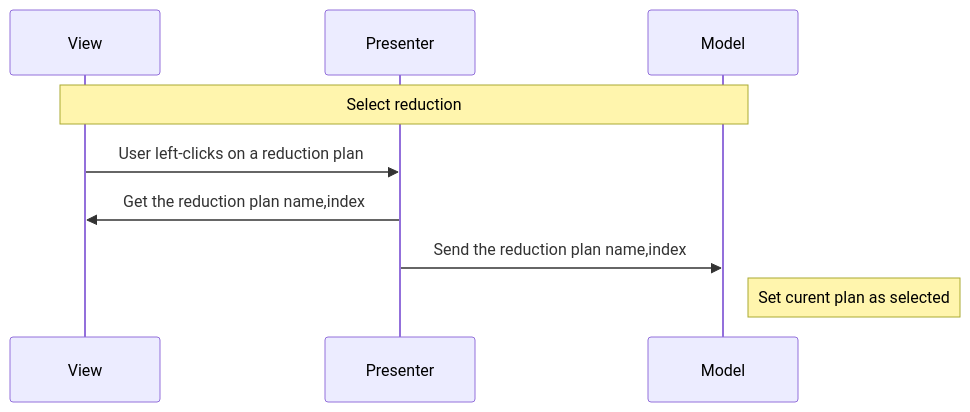
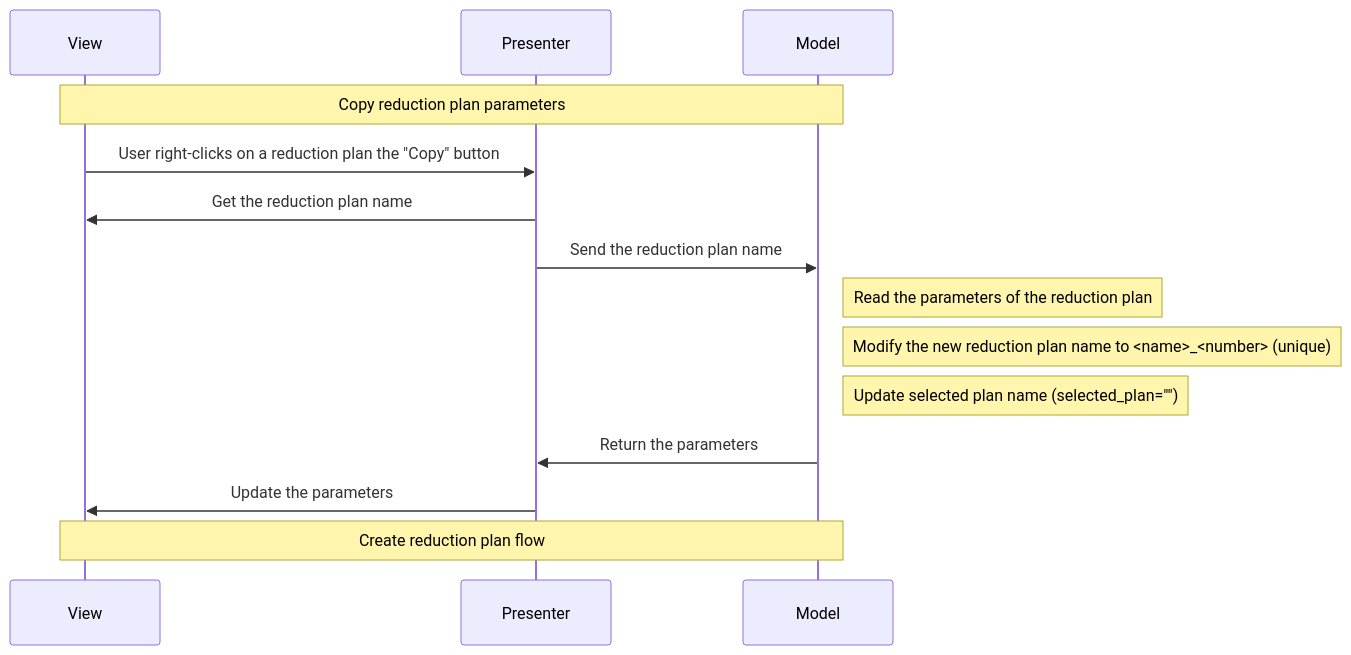
The ninth of 14 diagrams in docs/source/design/reduction_plan_mvp.rst (neutrons/garnet), drawn with Mermaid before and after one commit. The commit also changed other lines of this file and 4 other files, not shown here.

```diff
--- a/docs/source/design/reduction_plan_mvp.rst
+++ b/docs/source/design/reduction_plan_mvp.rst
@@ -315,12 +401,17 @@
-.. mermaid::
+    .. mermaid::
 
-    sequenceDiagram
-        participant View
-        participant Presenter
-        participant Model
+        sequenceDiagram
+            participant View
+            participant Presenter
+            participant Model
 
-        Note over View,Model: Select reduction
-        View->>Presenter: User left-clicks on a reduction plan
-        Presenter->>View: Get the reduction plan name,index
-        Presenter->>Model: Send the reduction plan name,index
-        Note right of Model: Set curent plan as selected
+            Note over View,Model: Copy reduction plan parameters
+            View->>Presenter: User right-clicks on a reduction plan the "Copy" button
+            Presenter->>View: Get the reduction plan name
+            Presenter->>Model: Send the reduction plan name
+            Note right of Model: Read the parameters of the reduction plan
+            Note right of Model: Modify the new reduction plan name to <name>_<number> (unique)
+            Note right of Model: Update selected plan name (selected_plan="")
+            Model->>Presenter: Return the parameters
+            Presenter->>View: Update the parameters
+            Note over View,Model: Create reduction plan flow
```
